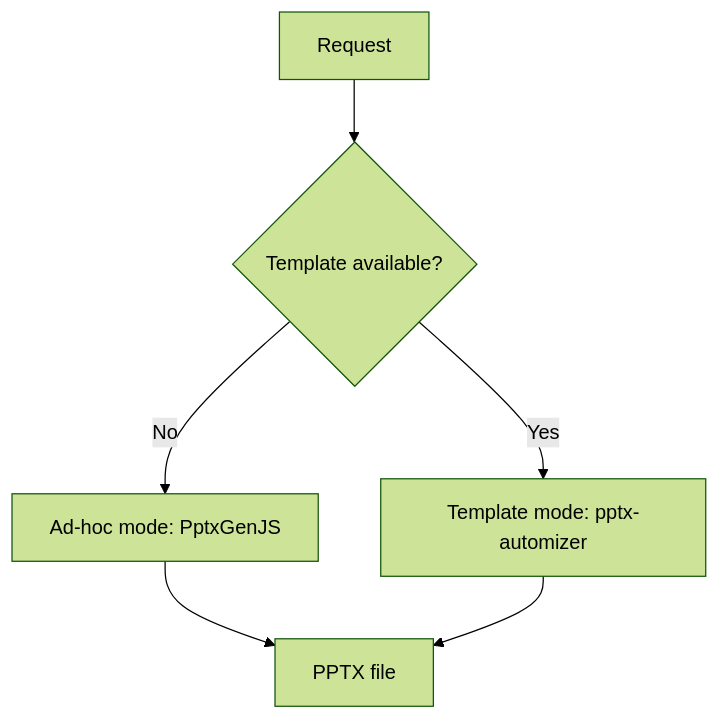
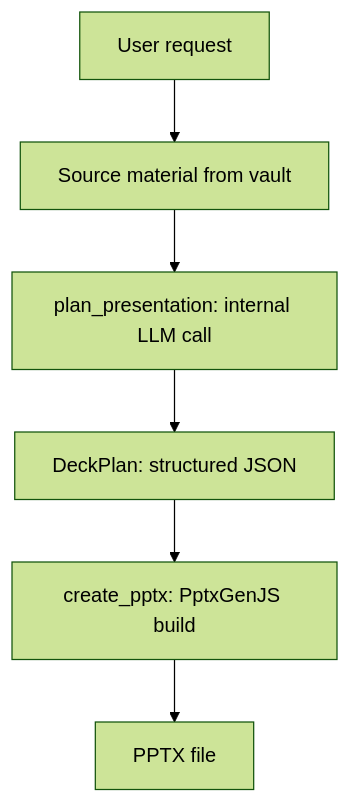
One commit to ivseb/vault-operator changed the diagram in docs/concepts/office-pipeline.md. Above: the diagram before and after it, drawn with Mermaid (forest theme). The commit also changed other lines of this file and 5 other files, not shown here.

````diff
--- a/docs/concepts/office-pipeline.md
+++ b/docs/concepts/office-pipeline.md
@@ -18,8 +24,8 @@
 ```mermaid
 flowchart TD
-    R[Request] --> D{Template available?}
-    D -->|No| A[Ad-hoc mode: PptxGenJS]
-    D -->|Yes| T[Template mode: pptx-automizer]
-    A --> F[PPTX file]
-    T --> F
+    R[User request] --> S[Source material from vault]
+    S --> P[plan_presentation: internal LLM call]
+    P --> D[DeckPlan: structured JSON]
+    D --> C[create_pptx: PptxGenJS build]
+    C --> F[PPTX file]
 ```
````
